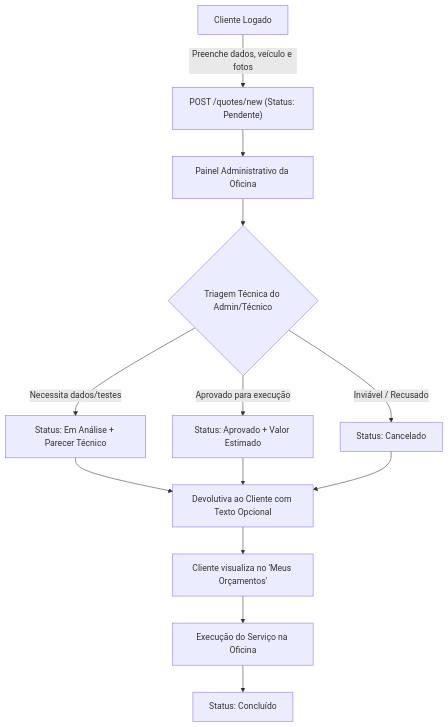
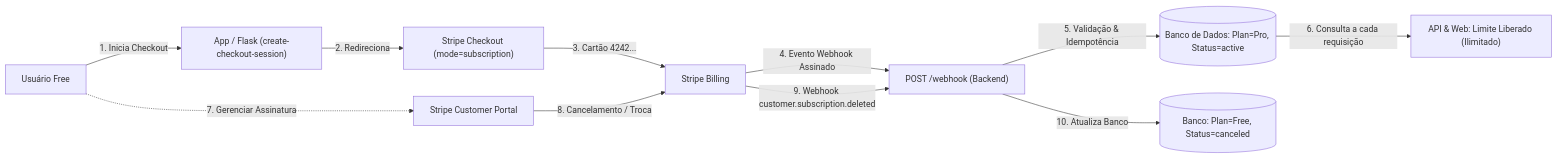
One commit to Felipe520397/fast-car-projeto changed the diagram in README.md. Above: the diagram before and after it, drawn with Mermaid. The commit also changed other lines of this file and 15 other files, not shown here.

Commit message:
feat: SaaS completo com Stripe Subscriptions, webhooks, limites por plano e painel MRR

````diff
--- a/README.md
+++ b/README.md
@@ -65,15 +41,13 @@
 ```mermaid
-flowchart TD
-    A["Cliente Logado"] -->|"Preenche dados, veículo e fotos"| B["POST /quotes/new (Status: Pendente)"]
-    B --> C["Painel Administrativo da Oficina"]
-    C --> D{"Triagem Técnica do Admin/Técnico"}
-    D -->|"Necessita dados/testes"| E["Status: Em Análise + Parecer Técnico"]
-    D -->|"Aprovado para execução"| F["Status: Aprovado + Valor Estimado"]
-    D -->|"Inviável / Recusado"| G["Status: Cancelado"]
-    E --> H["Devolutiva ao Cliente com Texto Opcional"]
-    F --> H
-    G --> H
-    H --> I["Cliente visualiza no 'Meus Orçamentos'"]
-    I --> J["Execução do Serviço na Oficina"]
-    J --> K["Status: Concluído"]
+flowchart LR
+    A["Usuário Free"] -->|"1. Inicia Checkout"| B["App / Flask (create-checkout-session)"]
+    B -->|"2. Redireciona"| C["Stripe Checkout (mode=subscription)"]
+    C -->|"3. Cartão 4242..."| D["Stripe Billing"]
+    D -->|"4. Evento Webhook Assinado"| E["POST /webhook (Backend)"]
+    E -->|"5. Validação & Idempotência"| F[("Banco de Dados: Plan=Pro, Status=active")]
+    F -->|"6. Consulta a cada requisição"| G["API & Web: Limite Liberado (Ilimitado)"]
+    A -.->|"7. Gerenciar Assinatura"| H["Stripe Customer Portal"]
+    H -->|"8. Cancelamento / Troca"| D
+    D -->|"9. Webhook customer.subscription.deleted"| E
+    E -->|"10. Atualiza Banco"| I[("Banco: Plan=Free, Status=canceled")]
 ```
````
